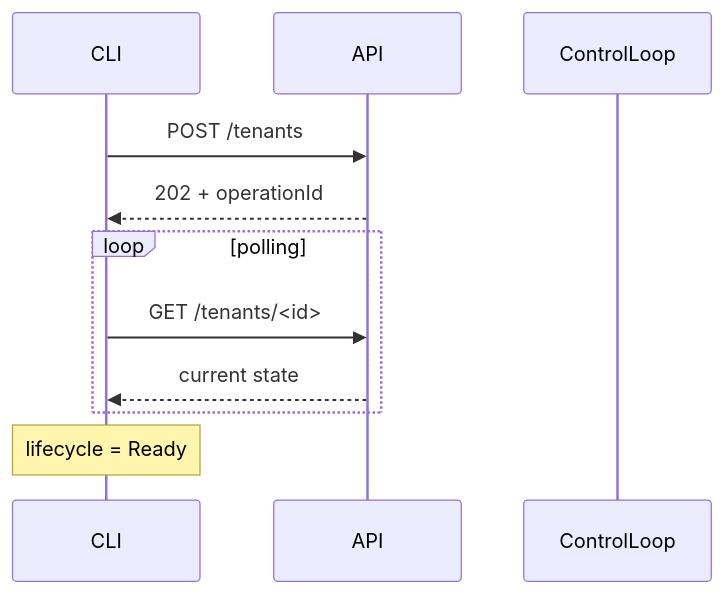
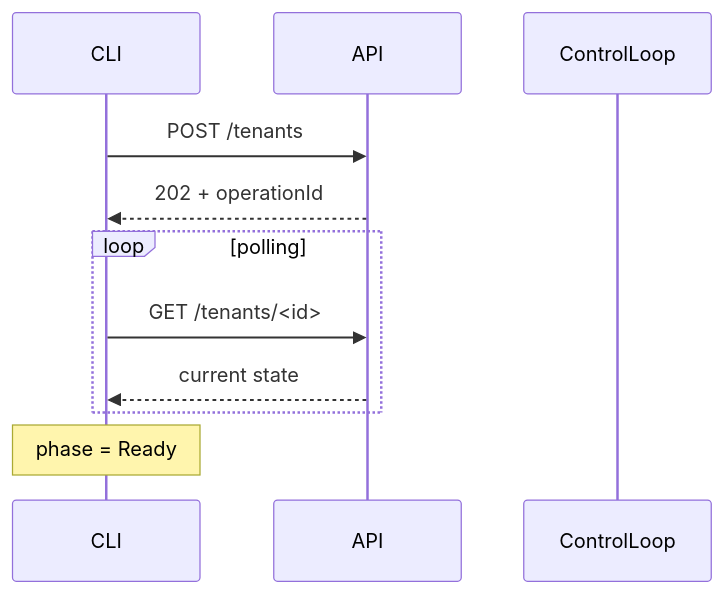
Diagram 18 of 18 in docs/RESOURCE-CONTROL-LOOP.md (danielsabatini/smarkee), drawn with Mermaid before and after one commit. The commit also changed other lines of this file and 2 other files, not shown here.

Commit message:
docs: alinhar vocabulario phase/lifecycle/presence e referencias ao SCHEMA

````diff
--- a/docs/RESOURCE-CONTROL-LOOP.md
+++ b/docs/RESOURCE-CONTROL-LOOP.md
@@ -1326,16 +1328,16 @@
 ```mermaid
 sequenceDiagram
     participant CLI
     participant API
     participant ControlLoop
 
     CLI->>API: POST /tenants
     API-->>CLI: 202 + operationId
 
     loop polling
         CLI->>API: GET /tenants/<id>
         API-->>CLI: current state
     end
 
-    Note over CLI: lifecycle = Ready
+    Note over CLI: phase = Ready
 ```
````
